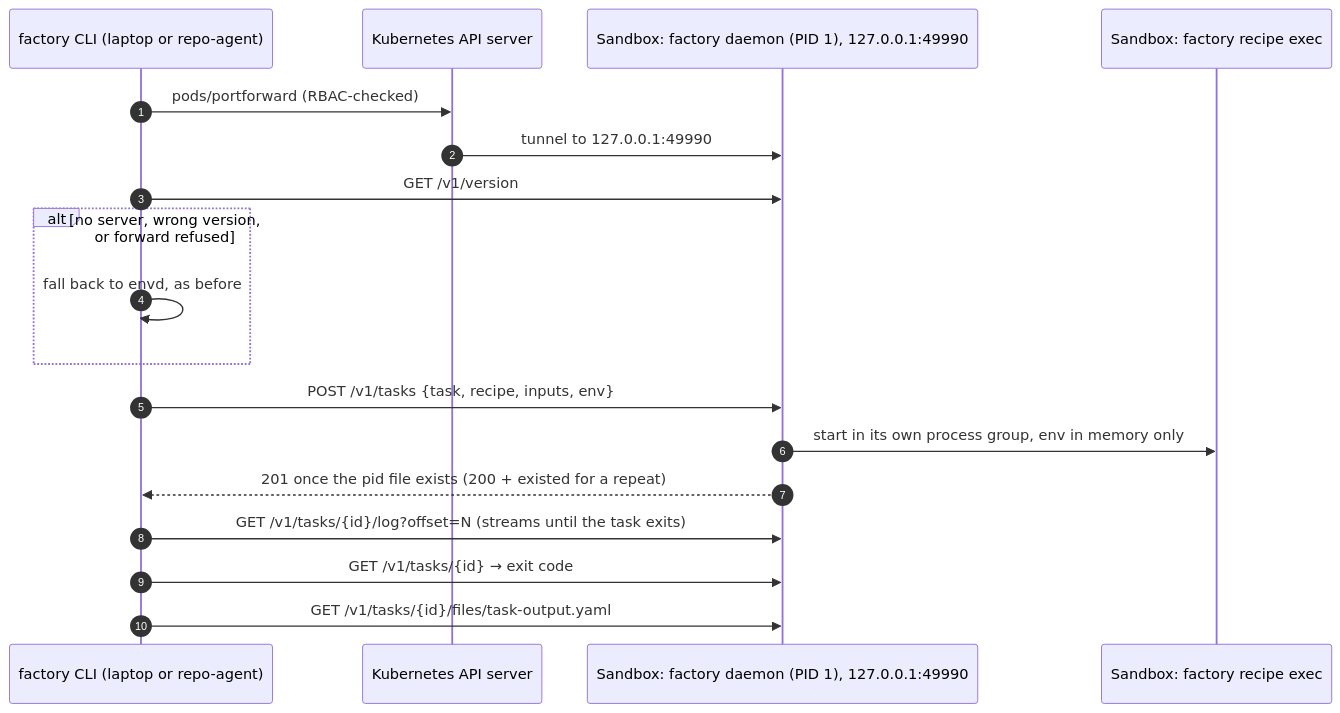
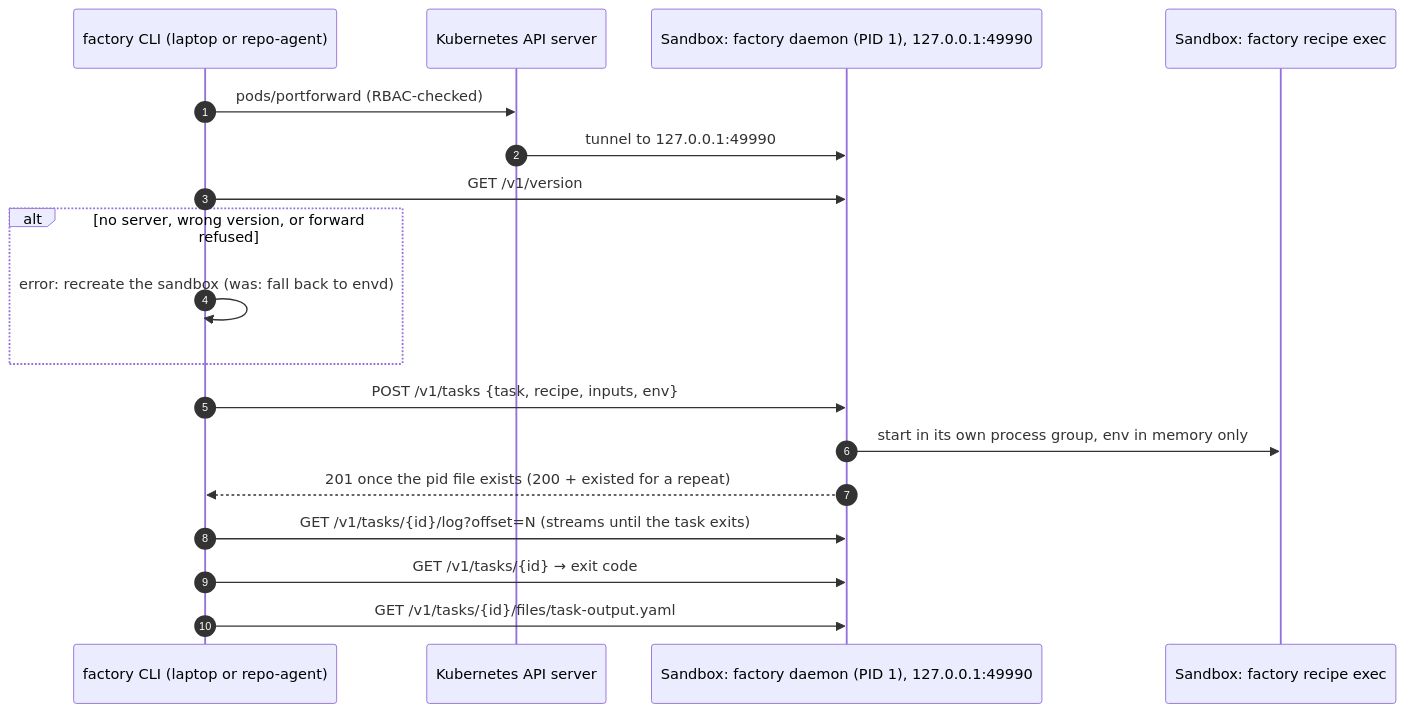
The diagram in factory/design/recipe-task-server.md (gke-labs/gemini-for-kubernetes-development), drawn with Mermaid before and after one commit. The commit also changed other lines of this file and 31 other files, not shown here.

````diff
--- a/factory/design/recipe-task-server.md
+++ b/factory/design/recipe-task-server.md
@@ -32,21 +35,21 @@
 ```mermaid
 sequenceDiagram
     autonumber
     participant CLI as factory CLI (laptop or repo-agent)
     participant API as Kubernetes API server
     participant D as Sandbox: factory daemon (PID 1), 127.0.0.1:49990
     participant T as Sandbox: factory recipe exec
 
     CLI->>API: pods/portforward (RBAC-checked)
     API->>D: tunnel to 127.0.0.1:49990
     CLI->>D: GET /v1/version
     alt no server, wrong version, or forward refused
-        CLI->>CLI: fall back to envd, as before
+        CLI->>CLI: error: recreate the sandbox (was: fall back to envd)
     end
     CLI->>D: POST /v1/tasks {task, recipe, inputs, env}
     D->>T: start in its own process group, env in memory only
     D-->>CLI: 201 once the pid file exists (200 + existed for a repeat)
     CLI->>D: GET /v1/tasks/{id}/log?offset=N (streams until the task exits)
     CLI->>D: GET /v1/tasks/{id} → exit code
     CLI->>D: GET /v1/tasks/{id}/files/task-output.yaml
 ```
````
